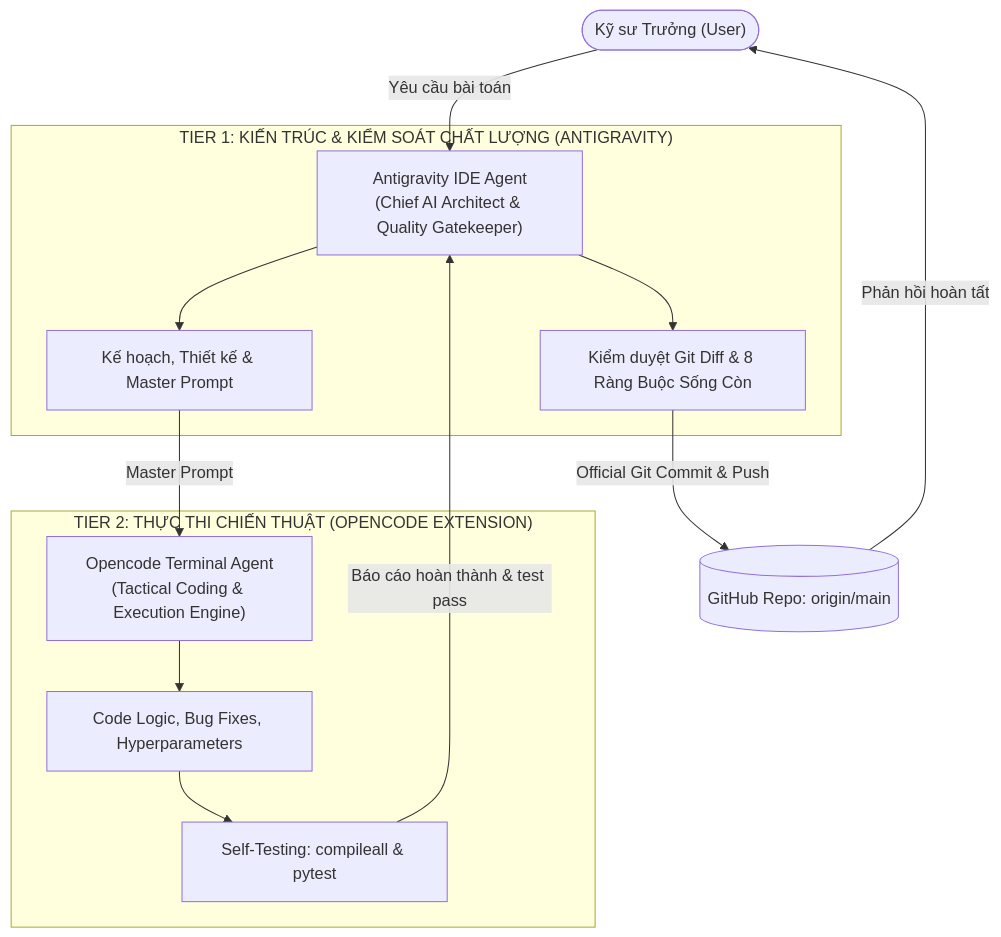
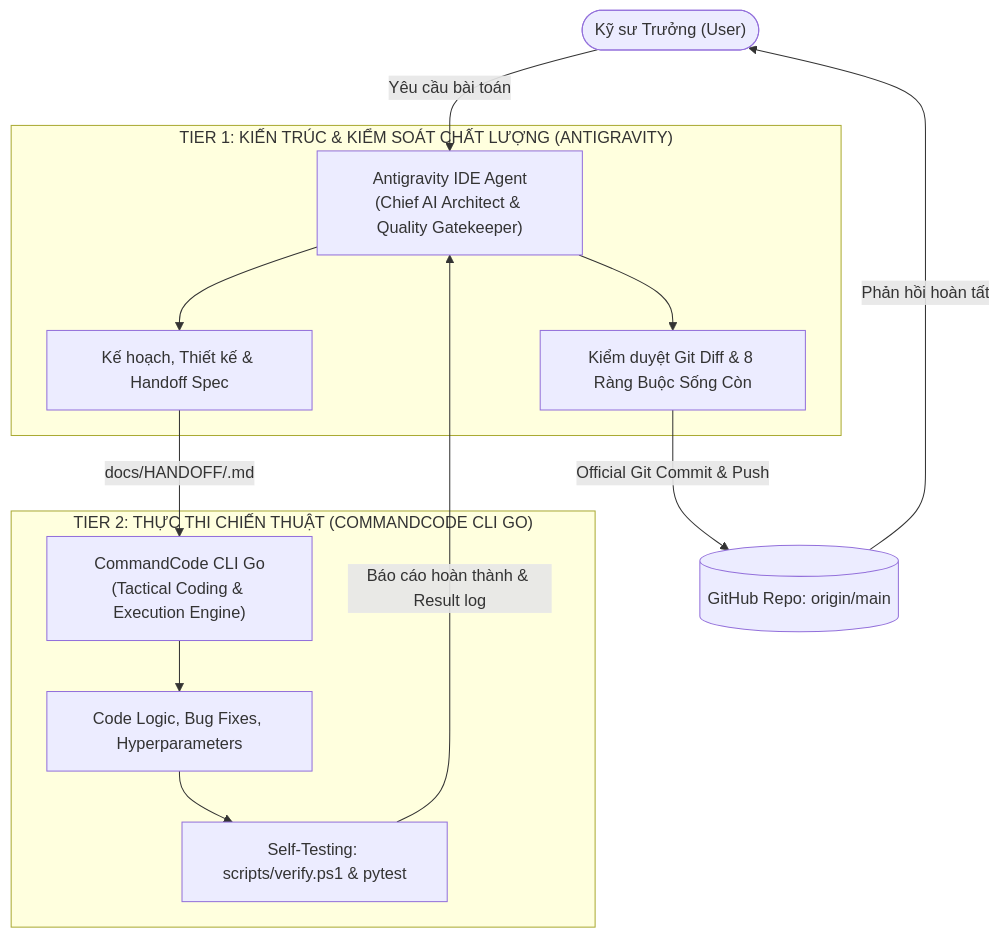
The first of 2 diagrams in AGENTS.md (philipsgn/LungRay), drawn with Mermaid before and after one commit. The commit also changed other lines of this file and 56 other files, not shown here.

Commit message:
feat: transition to CommandCode Go, implement WSOL IoU metrics, FastAPI backend, and Next.js PACS viewer (Phase 5 & 6 Tasks 5.2, 6.1, 6.2)

````diff
--- a/AGENTS.md
+++ b/AGENTS.md
@@ -57,28 +61,28 @@
 ```mermaid
 graph TD
     User(["Kỹ sư Trưởng (User)"])
     
     subgraph GovernanceTier ["TIER 1: KIẾN TRÚC & KIỂM SOÁT CHẤT LƯỢNG (ANTIGRAVITY)"]
         AG["Antigravity IDE Agent\n(Chief AI Architect & Quality Gatekeeper)"]
-        Plan["Kế hoạch, Thiết kế & Master Prompt"]
+        Plan["Kế hoạch, Thiết kế & Handoff Spec"]
         Gate["Kiểm duyệt Git Diff & 8 Ràng Buộc Sống Còn"]
     end
 
-    subgraph TacticalTier ["TIER 2: THỰC THI CHIẾN THUẬT (OPENCODE EXTENSION)"]
-        OC["Opencode Terminal Agent\n(Tactical Coding & Execution Engine)"]
+    subgraph TacticalTier ["TIER 2: THỰC THI CHIẾN THUẬT (COMMANDCODE CLI GO)"]
+        CC["CommandCode CLI Go\n(Tactical Coding & Execution Engine)"]
         Code["Code Logic, Bug Fixes, Hyperparameters"]
-        Test["Self-Testing: compileall & pytest"]
+        Test["Self-Testing: scripts/verify.ps1 & pytest"]
     end
 
     Git[("GitHub Repo: origin/main")]
 
     User -->|Yêu cầu bài toán| AG
     AG --> Plan
-    Plan -->|Master Prompt| OC
-    OC --> Code
+    Plan -->|docs/HANDOFF/<ID>.md| CC
+    CC --> Code
     Code --> Test
-    Test -->|Báo cáo hoàn thành & test pass| AG
+    Test -->|Báo cáo hoàn thành & Result log| AG
     AG --> Gate
     Gate -->|Official Git Commit & Push| Git
     Git -->|Phản hồi hoàn tất| User
 ```
````
